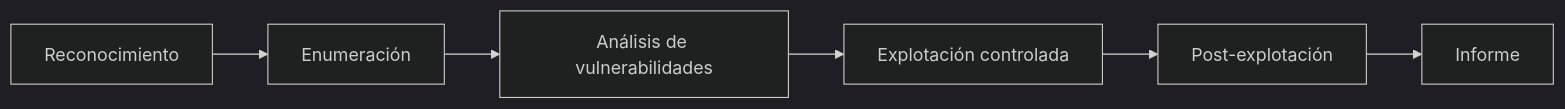
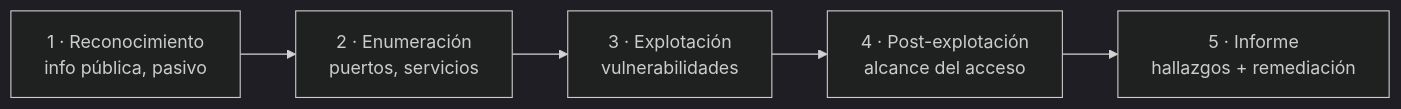
One commit to campusdevfp/cybersec2627 changed the third of 5 diagrams in docs/ud5/index.md. Above: the diagram before and after it, drawn with Mermaid (dark theme). The commit also changed other lines of this file and 5 other files, not shown here.

````diff
--- a/docs/ud5/index.md
+++ b/docs/ud5/index.md
@@ -68,8 +58,7 @@
 ```mermaid
 flowchart LR
-    R[Reconocimiento] --> E[Enumeración]
-    E --> V[Análisis de vulnerabilidades]
-    V --> X[Explotación controlada]
-    X --> P[Post-explotación]
-    P --> I[Informe]
+    R["1 · Reconocimiento<br/>info pública, pasivo"] --> E["2 · Enumeración<br/>puertos, servicios"]
+    E --> V["3 · Explotación<br/>vulnerabilidades"]
+    V --> Pe["4 · Post-explotación<br/>alcance del acceso"]
+    Pe --> I["5 · Informe<br/>hallazgos + remediación"]
 ```
````
